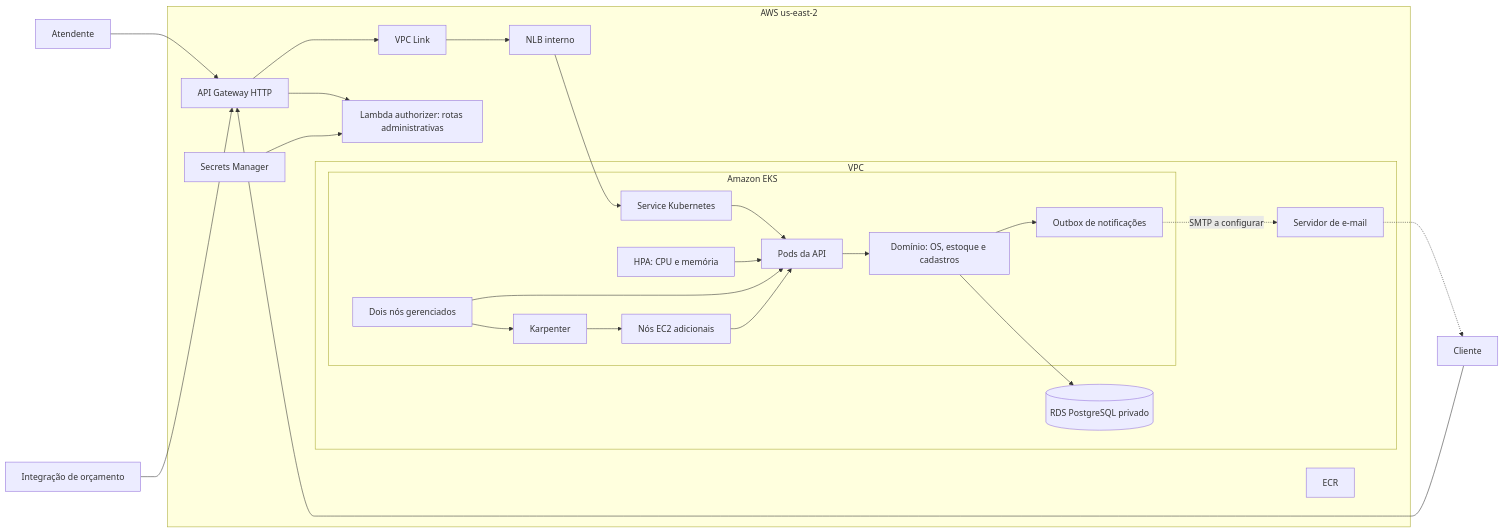
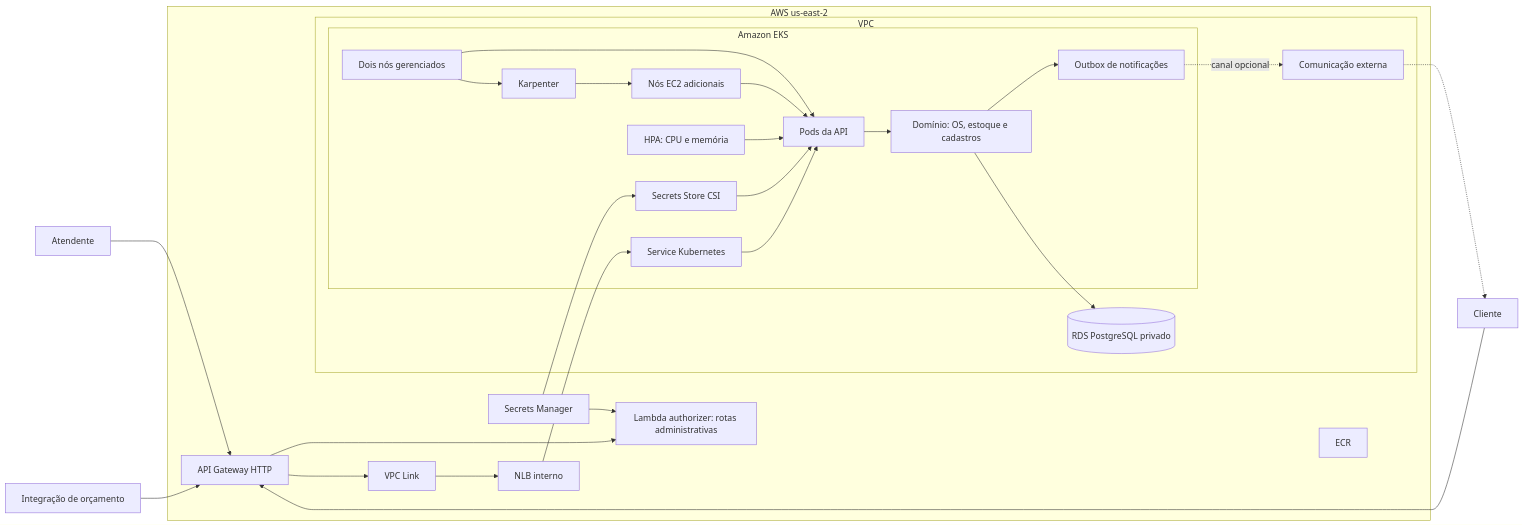
One commit to IagoNovoaAntunes2001/garage-flow changed the first of 2 diagrams in docs/architecture/phase-2-proposed.md. Above: the diagram before and after it, drawn with Mermaid. The commit also changed other lines of this file and 18 other files, not shown here.

````diff
--- a/docs/architecture/phase-2-proposed.md
+++ b/docs/architecture/phase-2-proposed.md
@@ -5,33 +5,35 @@
 ```mermaid
 flowchart LR
     Staff[Atendente] --> Gateway[API Gateway HTTP]
     Customer[Cliente] --> Gateway
     Integration[Integração de orçamento] --> Gateway
     Gateway --> Authorizer[Lambda authorizer: rotas administrativas]
     Gateway --> Link[VPC Link]
     Link --> NLB[NLB interno]
     NLB --> Service[Service Kubernetes]
     subgraph AWS[AWS us-east-2]
       subgraph VPC[VPC]
         subgraph EKS[Amazon EKS]
           Service --> API[Pods da API]
+          CSI[Secrets Store CSI] --> API
           API --> Domain[Domínio: OS, estoque e cadastros]
           Domain --> Outbox[Outbox de notificações]
           HPA[HPA: CPU e memória] --> API
           Karpenter[Karpenter] --> Nodes[Nós EC2 adicionais]
           Baseline[Dois nós gerenciados] --> API
           Baseline --> Karpenter
           Nodes --> API
         end
         Domain --> DB[(RDS PostgreSQL privado)]
-        Outbox -. SMTP a configurar .-> Mail[Servidor de e-mail]
+        Outbox -. canal opcional .-> Mail[Comunicação externa]
       end
       Gateway
       Authorizer
       Link
       NLB
       Secrets[Secrets Manager] --> Authorizer
+      Secrets --> CSI
       Registry[ECR]
     end
     Mail -.-> Customer
 ```
````
